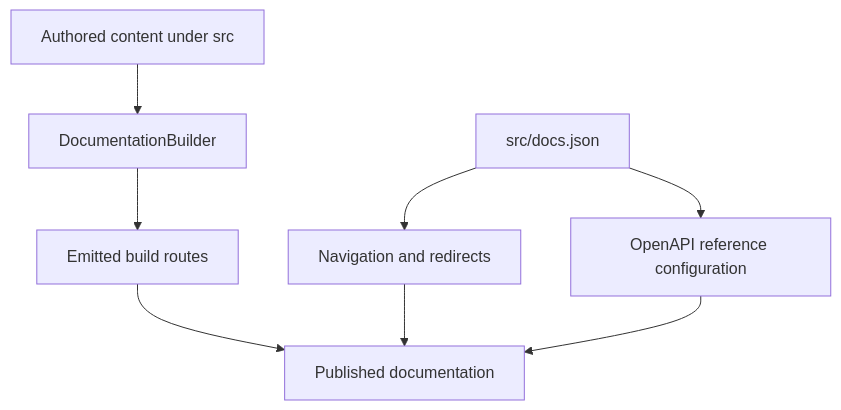
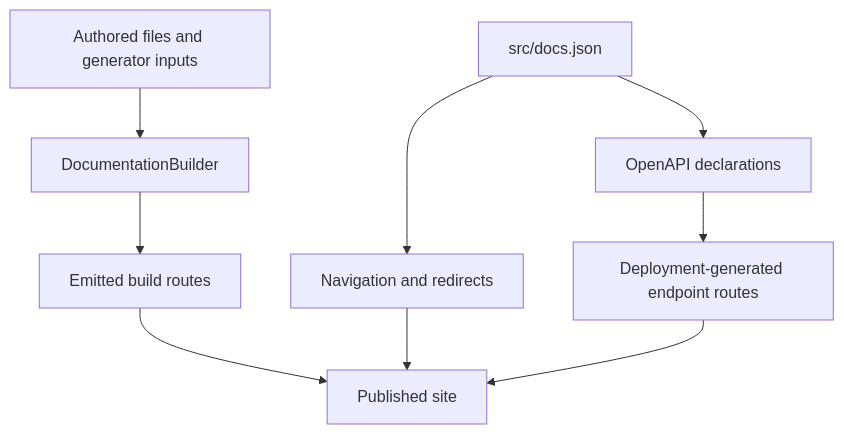
One commit to langchain-ai/docs changed the diagram in openwiki/architecture/source-map.md. Above: the diagram before and after it, drawn with Mermaid. The commit also changed other lines of this file and 29 other files, not shown here.

````diff
--- a/openwiki/architecture/source-map.md
+++ b/openwiki/architecture/source-map.md
@@ -55,10 +65,11 @@
 ```mermaid
 flowchart TD
-    Source["Authored content under src"] --> Builder["DocumentationBuilder"]
+    Source["Authored files and generator inputs"] --> Builder["DocumentationBuilder"]
     Builder --> Routes["Emitted build routes"]
     Config["src/docs.json"] --> Navigation["Navigation and redirects"]
-    Config --> Reference["OpenAPI reference configuration"]
-    Routes --> Site["Published documentation"]
+    Config --> Reference["OpenAPI declarations"]
+    Reference --> Generated["Deployment-generated endpoint routes"]
+    Routes --> Site["Published site"]
     Navigation --> Site
-    Reference --> Site
+    Generated --> Site
 ```
````
